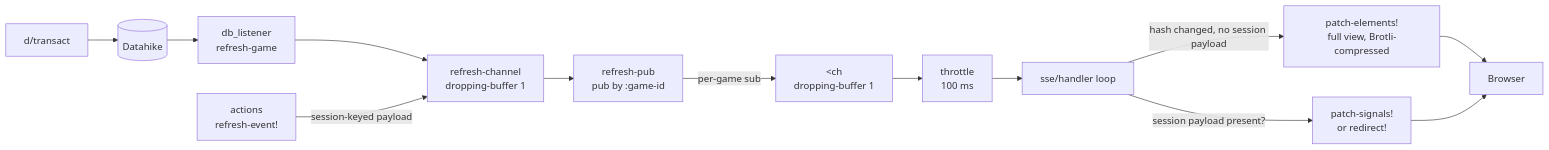
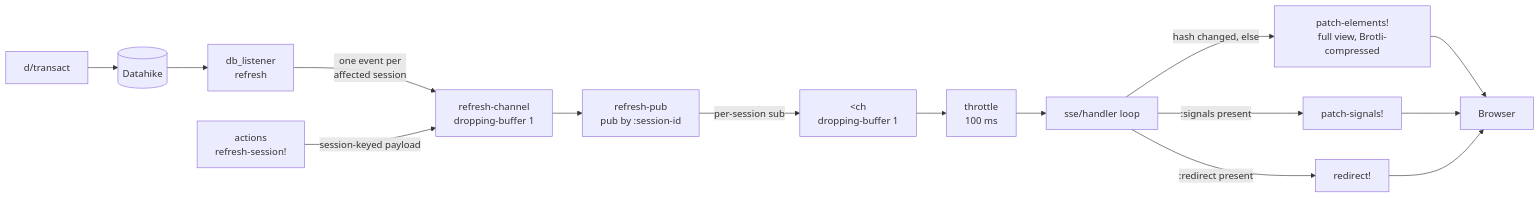
The third of 8 diagrams in data_flow.md (jindrichmynarz/localquiz), drawn with Mermaid before and after one commit. The commit also changed other lines of this file, not shown here.

Commit message:
Update the data flow documentation

````diff
--- a/data_flow.md
+++ b/data_flow.md
@@ -105,18 +105,20 @@
 ```mermaid
 flowchart LR
     TX[d/transact] --> DH[(Datahike)]
-    DH --> DL["db_listener<br/>refresh-game"]
-    DL --> RC["refresh-channel<br/>dropping-buffer 1"]
+    DH --> DL["db_listener<br/>refresh"]
+    DL --> |"one event per<br/>affected session"| RC["refresh-channel<br/>dropping-buffer 1"]
 
-    AE["actions<br/>refresh-event!"] -->|session-keyed payload| RC
+    AE["actions<br/>refresh-session!"] -->|session-keyed payload| RC
 
-    RC --> RP["refresh-pub<br/>pub by :game-id"]
-    RP --> |per-game sub| CH["&lt;ch<br/>dropping-buffer 1"]
+    RC --> RP["refresh-pub<br/>pub by :session-id"]
+    RP --> |per-session sub| CH["&lt;ch<br/>dropping-buffer 1"]
     CH --> TH["throttle<br/>100 ms"]
     TH --> SSE[sse/handler loop]
 
-    SSE --> |session payload present?| SP["patch-signals!<br/>or redirect!"]
-    SSE --> |hash changed, no session payload| PE["patch-elements!<br/>full view, Brotli-compressed"]
+    SSE --> |:signals present| SP["patch-signals!"]
+    SSE --> |:redirect present| RD["redirect!"]
+    SSE --> |hash changed, else| PE["patch-elements!<br/>full view, Brotli-compressed"]
     PE --> B[Browser]
     SP --> B
+    RD --> B
 ```
````
